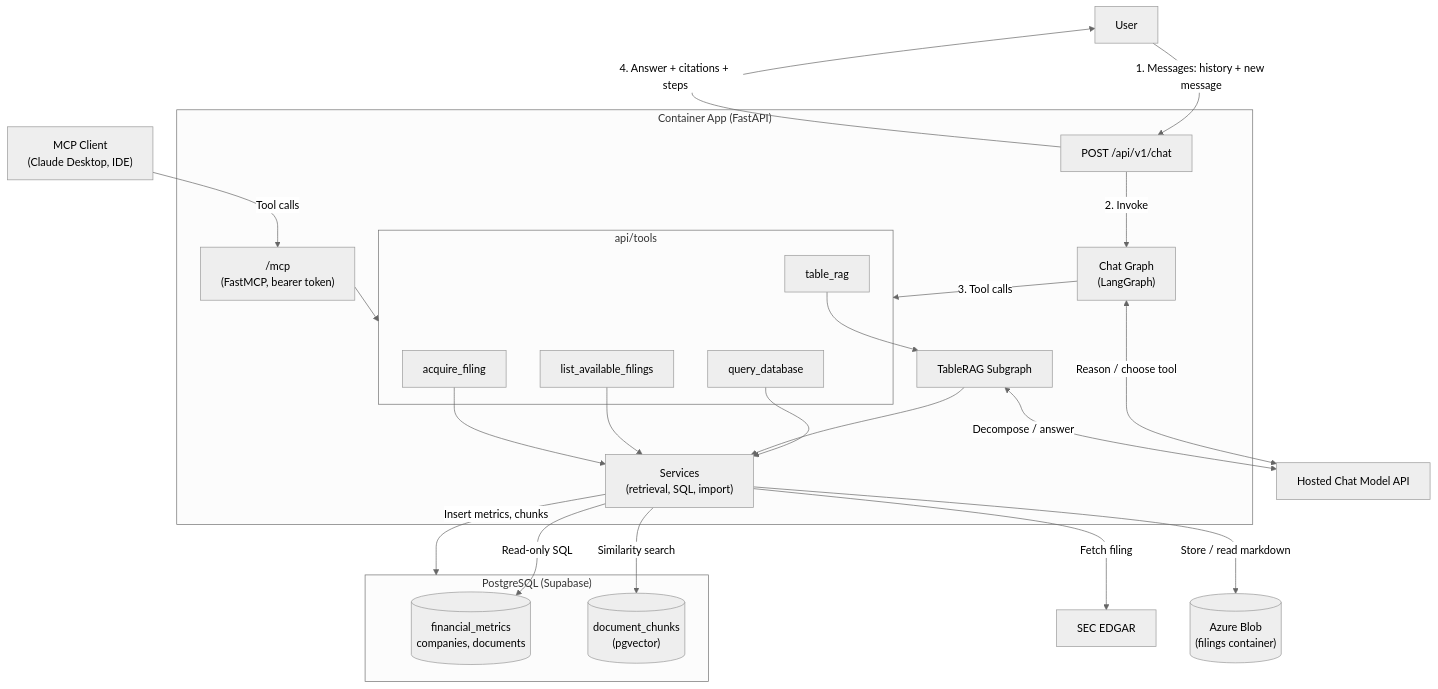
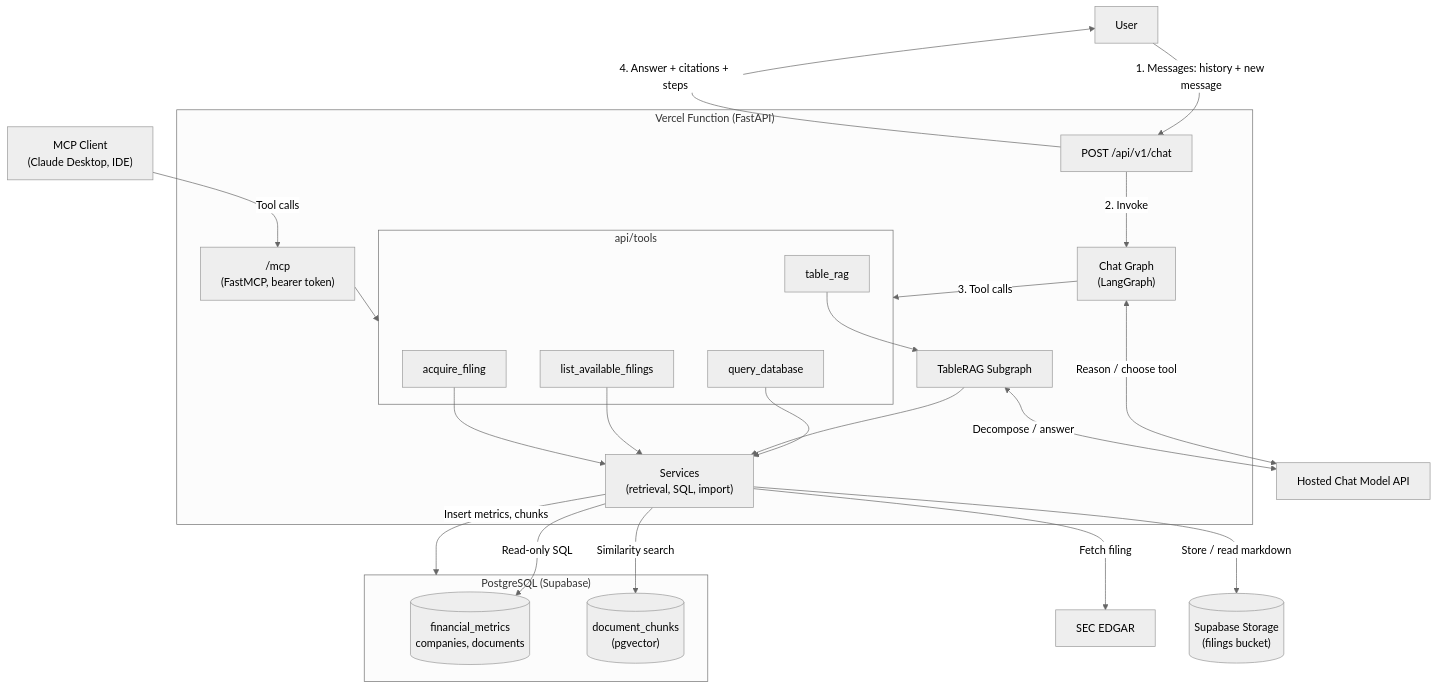
Before and after one commit to yucheng-fu/financial-data-agent: the first of 4 diagrams in docs/architecture.md, drawn with Mermaid (neutral theme). The commit also changed other lines of this file and 15 other files, not shown here.

````diff
--- a/docs/architecture.md
+++ b/docs/architecture.md
@@ -21,69 +21,69 @@
 ```mermaid
 flowchart TD
     user["User"]
     mcp_client["MCP Client\n(Claude Desktop, IDE)"]
 
-    subgraph App["Container App (FastAPI)"]
+    subgraph App["Vercel Function (FastAPI)"]
         chat_route["POST /api/v1/chat"]
         mcp_server["/mcp\n(FastMCP, bearer token)"]
         chat_graph["Chat Graph\n(LangGraph)"]
 
         subgraph Tools["api/tools"]
             query_db["query_database"]
             table_rag["table_rag"]
             list_filings["list_available_filings"]
             acquire["acquire_filing"]
         end
 
         tablerag_graph["TableRAG Subgraph"]
         services["Services\n(retrieval, SQL, import)"]
     end
 
     llm["Hosted Chat Model API"]
     sec["SEC EDGAR"]
-    blob[("Azure Blob\n(filings container)")]
+    blob[("Supabase Storage\n(filings bucket)")]
 
     subgraph Supabase["PostgreSQL (Supabase)"]
         metrics[("financial_metrics\ncompanies, documents")]
         chunks[("document_chunks\n(pgvector)")]
     end
 
     %% =========================================================
     %% CHAT PATH
     %% =========================================================
 
     user -->|1. Messages: history + new message| chat_route
     chat_route -->|2. Invoke| chat_graph
     chat_graph <-->|Reason / choose tool| llm
     chat_graph -->|3. Tool calls| Tools
 
     %% =========================================================
     %% MCP PATH
     %% =========================================================
 
     mcp_client -->|Tool calls| mcp_server
     mcp_server --> Tools
 
     %% =========================================================
     %% TOOLS
     %% =========================================================
 
     query_db --> services
     table_rag --> tablerag_graph
     tablerag_graph <-->|Decompose / answer| llm
     tablerag_graph --> services
     list_filings --> services
     acquire --> services
 
     services -->|Read-only SQL| metrics
     services -->|Similarity search| chunks
     services -->|Fetch filing| sec
     services -->|Store / read markdown| blob
     services -->|Insert metrics, chunks| Supabase
 
     %% =========================================================
     %% RESPONSE
     %% =========================================================
 
     chat_route -->|4. Answer + citations + steps| user
 ```
````
